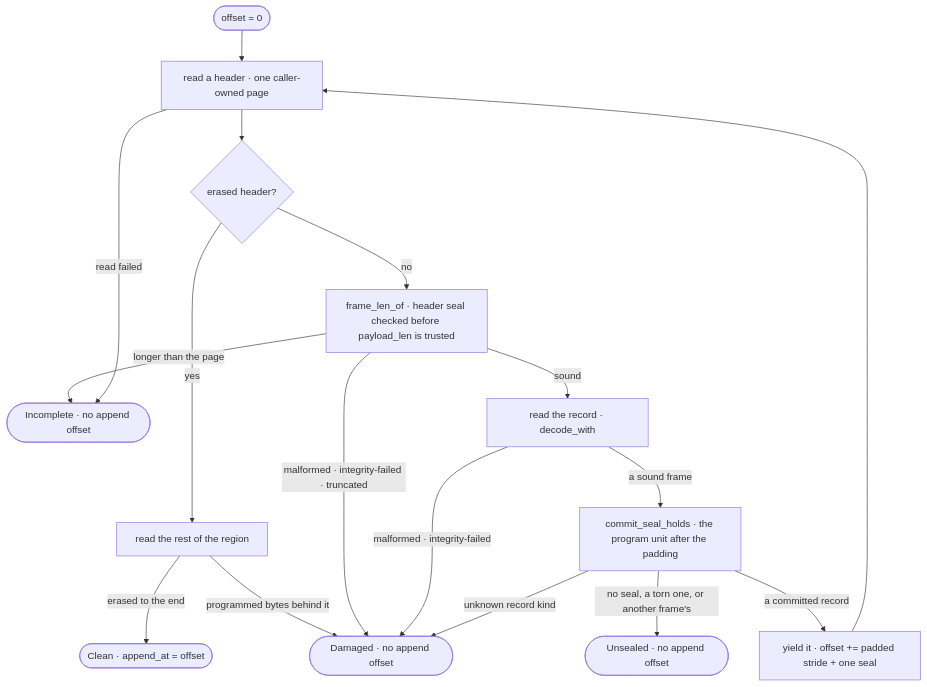
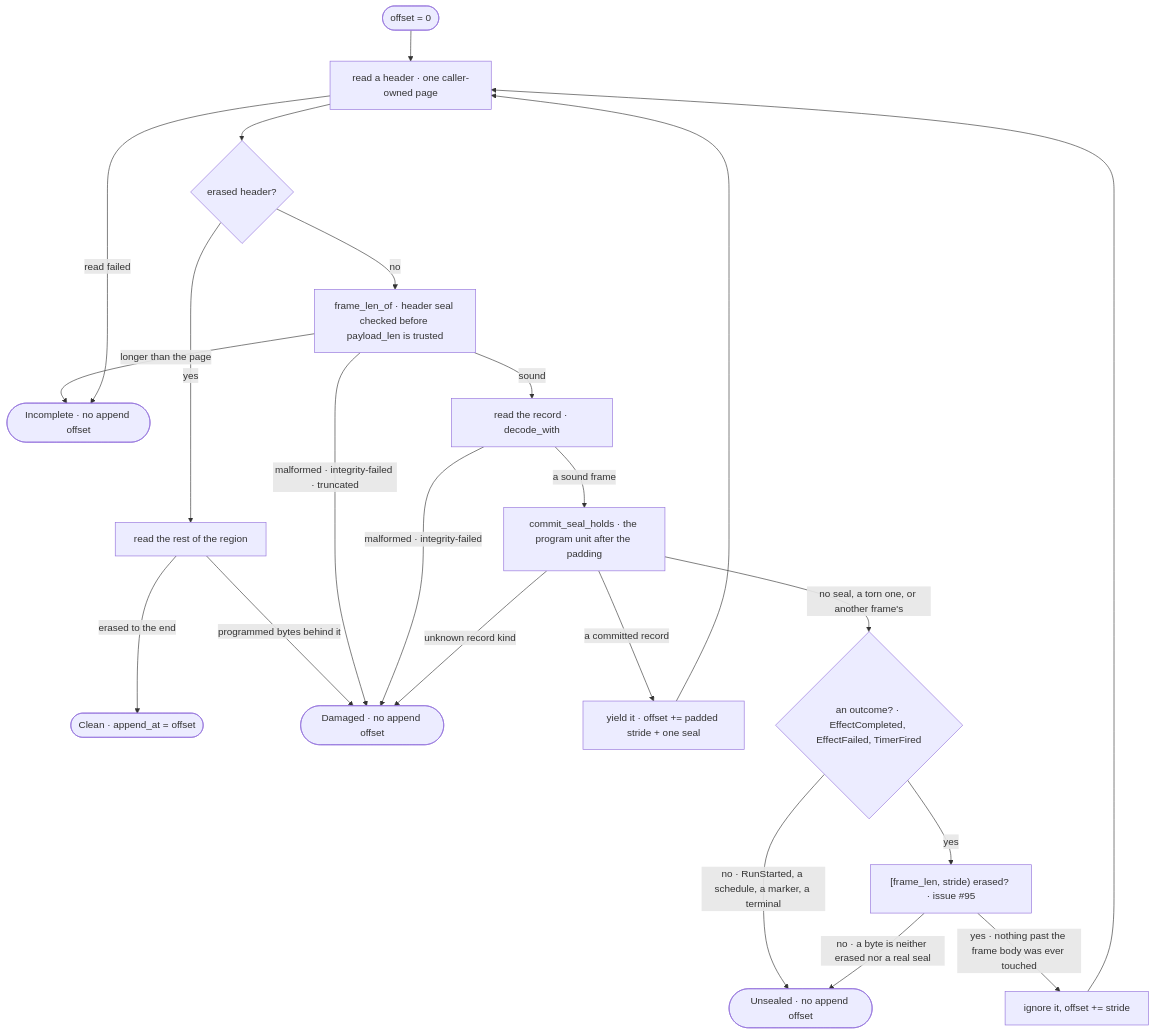
Before and after one commit to madmax983/waymaker: the ninth of 11 diagrams in docs/architecture.md, drawn with Mermaid. The commit also changed other lines of this file and 18 other files, not shown here.

First line of the commit message:
Redeliver a torn completion under its original identity (issue #95) (#168)

````diff
--- a/docs/architecture.md
+++ b/docs/architecture.md
@@ -477,19 +485,24 @@
 ```mermaid
 flowchart TB
   start(["offset = 0"]) --> read["read a header · one caller-owned page"]
   read --> erased{"erased header?"}
   erased -- "yes" --> tail["read the rest of the region"]
   tail -- "erased to the end" --> clean(["Clean · append_at = offset"])
   tail -- "programmed bytes behind it" --> damaged(["Damaged · no append offset"])
   erased -- "no" --> len["frame_len_of · header seal checked before payload_len is trusted"]
   len -- "malformed · integrity-failed · truncated" --> damaged
   len -- "longer than the page" --> incomplete(["Incomplete · no append offset"])
   len -- "sound" --> frame["read the record · decode_with"]
   frame -- "malformed · integrity-failed" --> damaged
   frame -- "a sound frame" --> seal["commit_seal_holds · the program unit after the padding"]
-  seal -- "no seal, a torn one, or another frame's" --> unsealed(["Unsealed · no append offset"])
   seal -- "unknown record kind" --> damaged
   seal -- "a committed record" --> yield["yield it · offset += padded stride + one seal"]
   yield --> read
+  seal -- "no seal, a torn one, or another frame's" --> outcome{"an outcome? · EffectCompleted, EffectFailed, TimerFired"}
+  outcome -- "no · RunStarted, a schedule, a marker, a terminal" --> unsealed(["Unsealed · no append offset"])
+  outcome -- "yes" --> slot["[frame_len, stride) erased? · issue #95"]
+  slot -- "yes · nothing past the frame body was ever touched" --> ignore["ignore it, offset += stride"]
+  ignore --> read
+  slot -- "no · a byte is neither erased nor a real seal" --> unsealed
   read -- "read failed" --> incomplete
 ```
````
